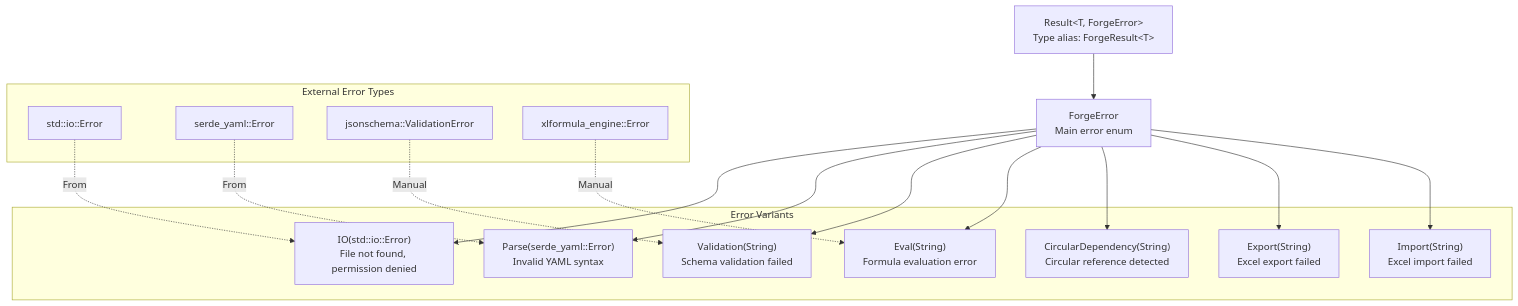
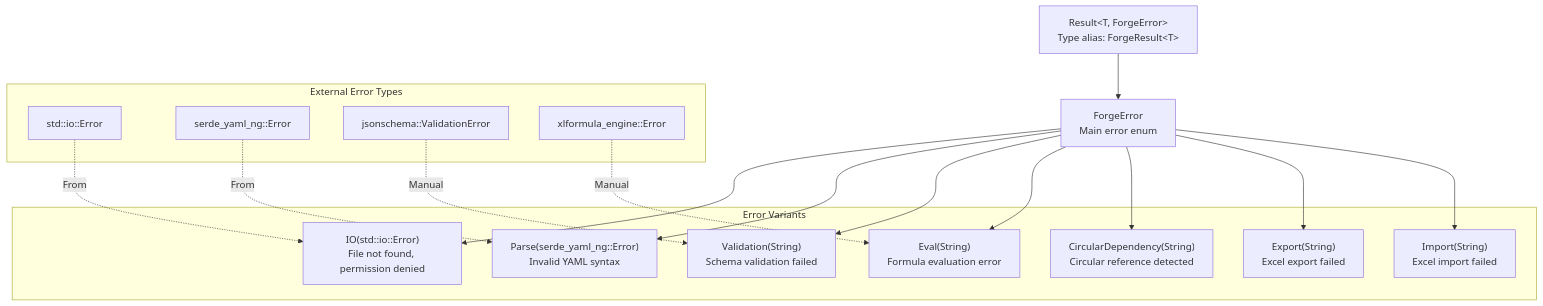
Before and after one commit to mollendorff-ai/forge: the seventh of 7 diagrams in docs/architecture/02-DATA-MODEL.md, drawn with Mermaid. The commit also changed other lines of this file and 13 other files, not shown here.

First line of the commit message:
deps: migrate serde_yaml (deprecated) to serde_yaml_ng

````diff
--- a/docs/architecture/02-DATA-MODEL.md
+++ b/docs/architecture/02-DATA-MODEL.md
@@ -1267,37 +1267,37 @@
 ```mermaid
 graph TB
     Result["Result&lt;T, ForgeError&gt;<br/>Type alias: ForgeResult&lt;T&gt;"]
 
     ForgeError["ForgeError<br/>Main error enum"]
 
     subgraph "Error Variants"
         IO["IO(std::io::Error)<br/>File not found, permission denied"]
-        Parse["Parse(serde_yaml::Error)<br/>Invalid YAML syntax"]
+        Parse["Parse(serde_yaml_ng::Error)<br/>Invalid YAML syntax"]
         Validation["Validation(String)<br/>Schema validation failed"]
         Eval["Eval(String)<br/>Formula evaluation error"]
         Circular["CircularDependency(String)<br/>Circular reference detected"]
         Export["Export(String)<br/>Excel export failed"]
         Import["Import(String)<br/>Excel import failed"]
     end
 
     subgraph "External Error Types"
         StdIO["std::io::Error"]
-        SerdeYAML["serde_yaml::Error"]
+        SerdeYAML["serde_yaml_ng::Error"]
         JSONSchema["jsonschema::ValidationError"]
         XLFormula["xlformula_engine::Error"]
     end
 
     Result --> ForgeError
     ForgeError --> IO
     ForgeError --> Parse
     ForgeError --> Validation
     ForgeError --> Eval
     ForgeError --> Circular
     ForgeError --> Export
     ForgeError --> Import
 
     StdIO -.->|From| IO
     SerdeYAML -.->|From| Parse
     JSONSchema -.->|Manual| Validation
     XLFormula -.->|Manual| Eval
 ```
````
